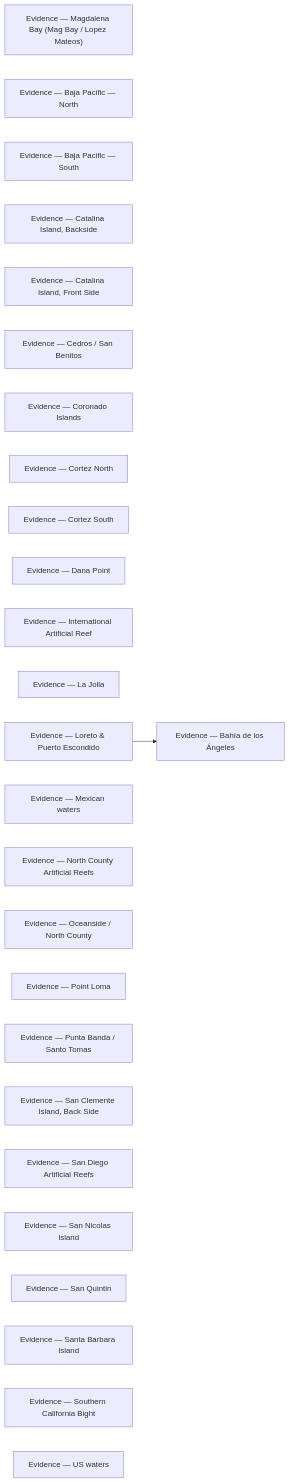
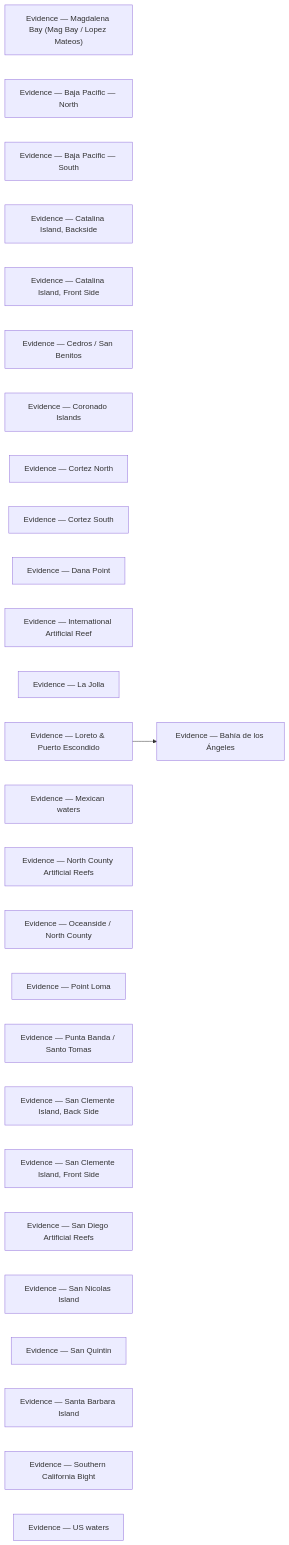
One commit to camchuckpete-max/Socal-Fishing-Knowledge changed the diagram in locations/evidence/README.md. Above: the diagram before and after it, drawn with Mermaid. The commit also changed other lines of this file and 106 other files, not shown here.

Commit message:
review: locations/san-clemente-island-front-side.md — zone page

````diff
--- a/locations/evidence/README.md
+++ b/locations/evidence/README.md
@@ -39,30 +40,31 @@
 ```mermaid
 graph LR
   n0["Evidence — Bahía de los Ángeles"]
   n1["Evidence — Magdalena Bay (Mag Bay / Lopez Mateos)"]
   n2["Evidence — Baja Pacific — North"]
   n3["Evidence — Baja Pacific — South"]
   n4["Evidence — Catalina Island, Backside"]
   n5["Evidence — Catalina Island, Front Side"]
   n6["Evidence — Cedros / San Benitos"]
   n7["Evidence — Coronado Islands"]
   n8["Evidence — Cortez North"]
   n9["Evidence — Cortez South"]
   n10["Evidence — Dana Point"]
   n11["Evidence — International Artificial Reef"]
   n12["Evidence — La Jolla"]
   n13["Evidence — Loreto & Puerto Escondido"]
   n14["Evidence — Mexican waters"]
   n15["Evidence — North County Artificial Reefs"]
   n16["Evidence — Oceanside / North County"]
   n17["Evidence — Point Loma"]
   n18["Evidence — Punta Banda / Santo Tomas"]
   n19["Evidence — San Clemente Island, Back Side"]
-  n20["Evidence — San Diego Artificial Reefs"]
-  n21["Evidence — San Nicolas Island"]
-  n22["Evidence — San Quintin"]
-  n23["Evidence — Santa Barbara Island"]
-  n24["Evidence — Southern California Bight"]
-  n25["Evidence — US waters"]
+  n20["Evidence — San Clemente Island, Front Side"]
+  n21["Evidence — San Diego Artificial Reefs"]
+  n22["Evidence — San Nicolas Island"]
+  n23["Evidence — San Quintin"]
+  n24["Evidence — Santa Barbara Island"]
+  n25["Evidence — Southern California Bight"]
+  n26["Evidence — US waters"]
   n13 --> n0
 ```
````
